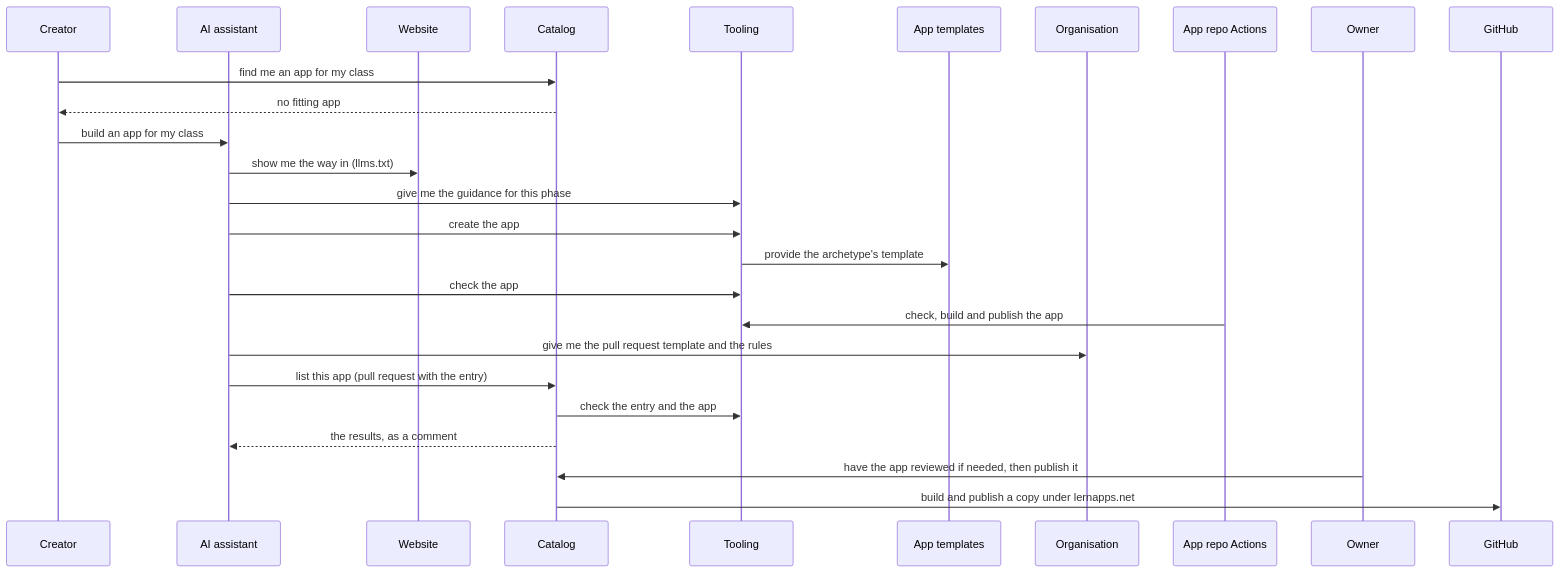
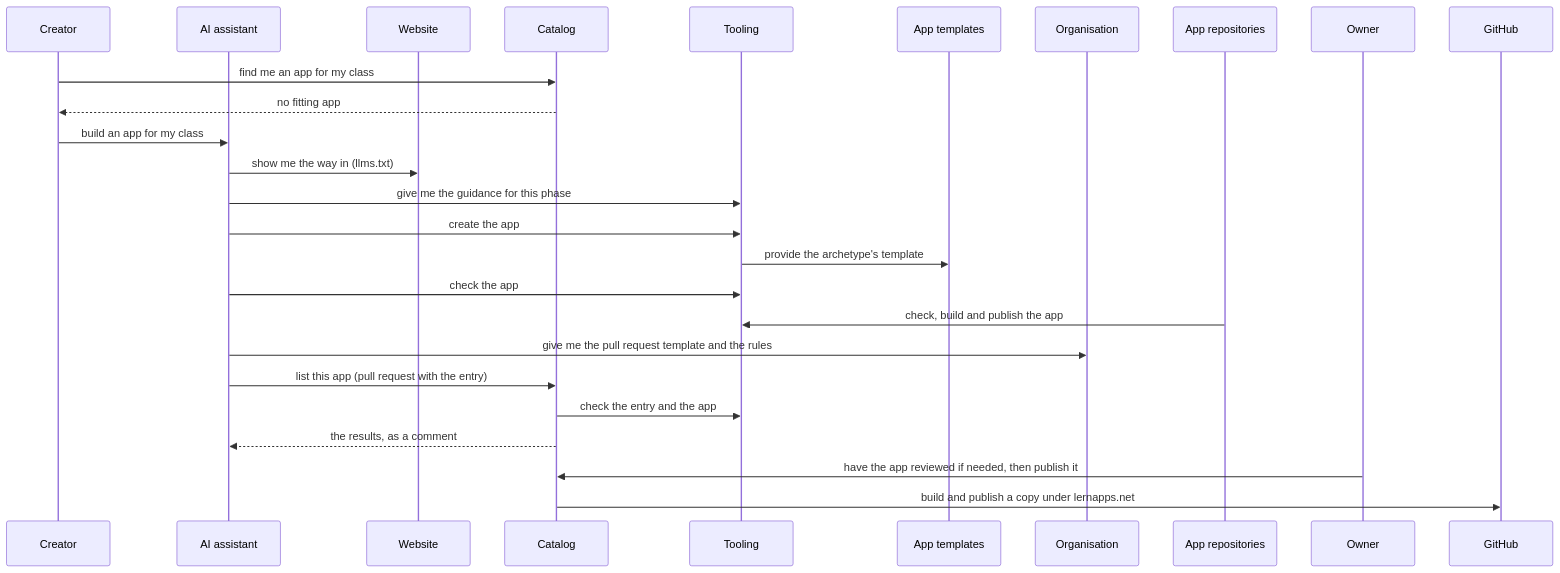
Before and after one commit to lernapps/docs: the third of 6 diagrams in docs/arc42/06-runtime-view.arc42.md, drawn with Mermaid. The commit also changed other lines of this file and 7 other files, not shown here.

````diff
--- a/docs/arc42/06-runtime-view.arc42.md
+++ b/docs/arc42/06-runtime-view.arc42.md
@@ -114,28 +114,28 @@
 ```mermaid
 sequenceDiagram
     participant creator as Creator
     participant assistant as AI assistant
     participant website as Website
     participant catalog as Catalog
     participant tooling as Tooling
     participant templates as App templates
     participant org as Organisation
-    participant appactions as App repo Actions
+    participant appactions as App repositories
     participant owner as Owner
     participant github as GitHub
     creator->>catalog: find me an app for my class
     catalog-->>creator: no fitting app
     creator->>assistant: build an app for my class
     assistant->>website: show me the way in (llms.txt)
     assistant->>tooling: give me the guidance for this phase
     assistant->>tooling: create the app
     tooling->>templates: provide the archetype's template
     assistant->>tooling: check the app
     appactions->>tooling: check, build and publish the app
     assistant->>org: give me the pull request template and the rules
     assistant->>catalog: list this app (pull request with the entry)
     catalog->>tooling: check the entry and the app
     catalog-->>assistant: the results, as a comment
     owner->>catalog: have the app reviewed if needed, then publish it
     catalog->>github: build and publish a copy under lernapps.net
 ```
````
